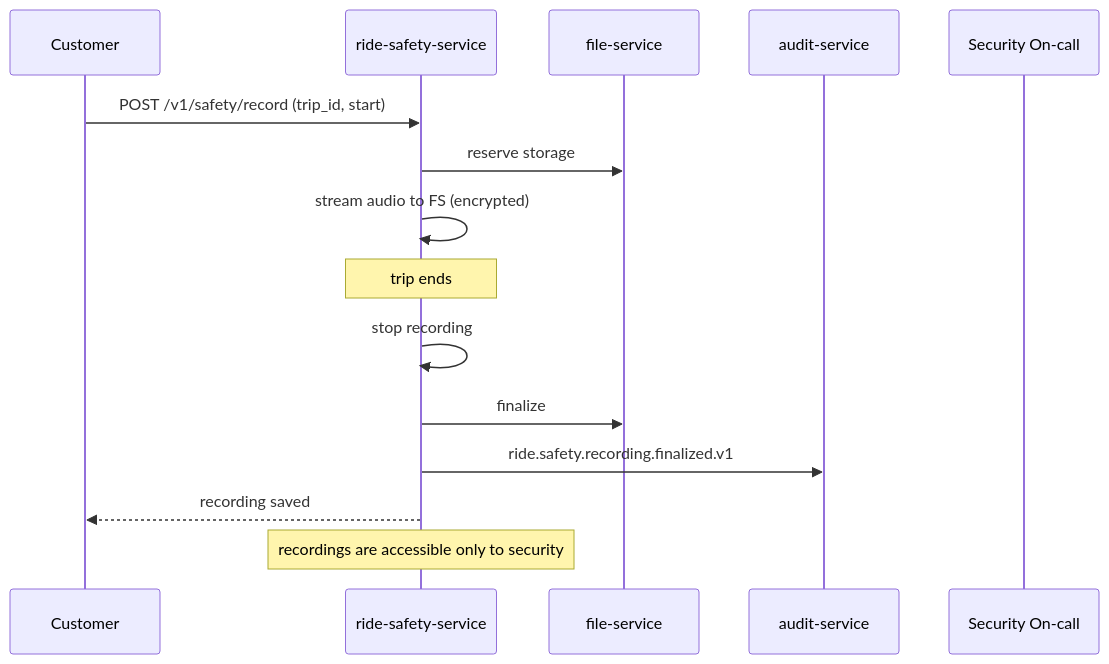
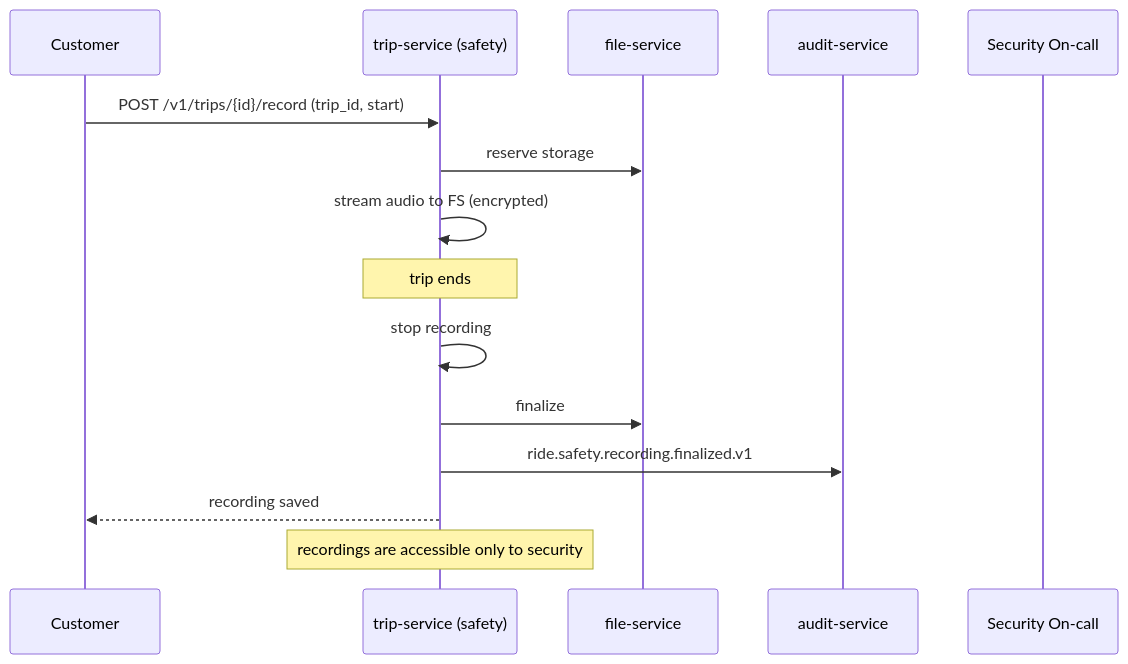
One commit to mohamedhabibwork/trips-enjoy-docs changed the fourth of 10 diagrams in docs/workflows/SAFETY_WORKFLOWS.md. Above: the diagram before and after it, drawn with Mermaid. The commit also changed other lines of this file and 525 other files, not shown here.

````diff
--- a/docs/workflows/SAFETY_WORKFLOWS.md
+++ b/docs/workflows/SAFETY_WORKFLOWS.md
@@ -75,18 +78,18 @@
 ```mermaid
 sequenceDiagram
     participant C as Customer
-    participant RS as ride-safety-service
+    participant TR as trip-service (safety)
     participant FS as file-service
     participant AUD as audit-service
     participant SEC as Security On-call
 
-    C->>RS: POST /v1/safety/record (trip_id, start)
-    RS->>FS: reserve storage
-    RS->>RS: stream audio to FS (encrypted)
-    Note over RS: trip ends
-    RS->>RS: stop recording
-    RS->>FS: finalize
-    RS->>AUD: ride.safety.recording.finalized.v1
-    RS-->>C: recording saved
-    Note over RS: recordings are accessible only to security
+    C->>TR: POST /v1/trips/{id}/record (trip_id, start)
+    TR->>FS: reserve storage
+    TR->>TR: stream audio to FS (encrypted)
+    Note over TR: trip ends
+    TR->>TR: stop recording
+    TR->>FS: finalize
+    TR->>AUD: ride.safety.recording.finalized.v1
+    TR-->>C: recording saved
+    Note over TR: recordings are accessible only to security
 ```
````
